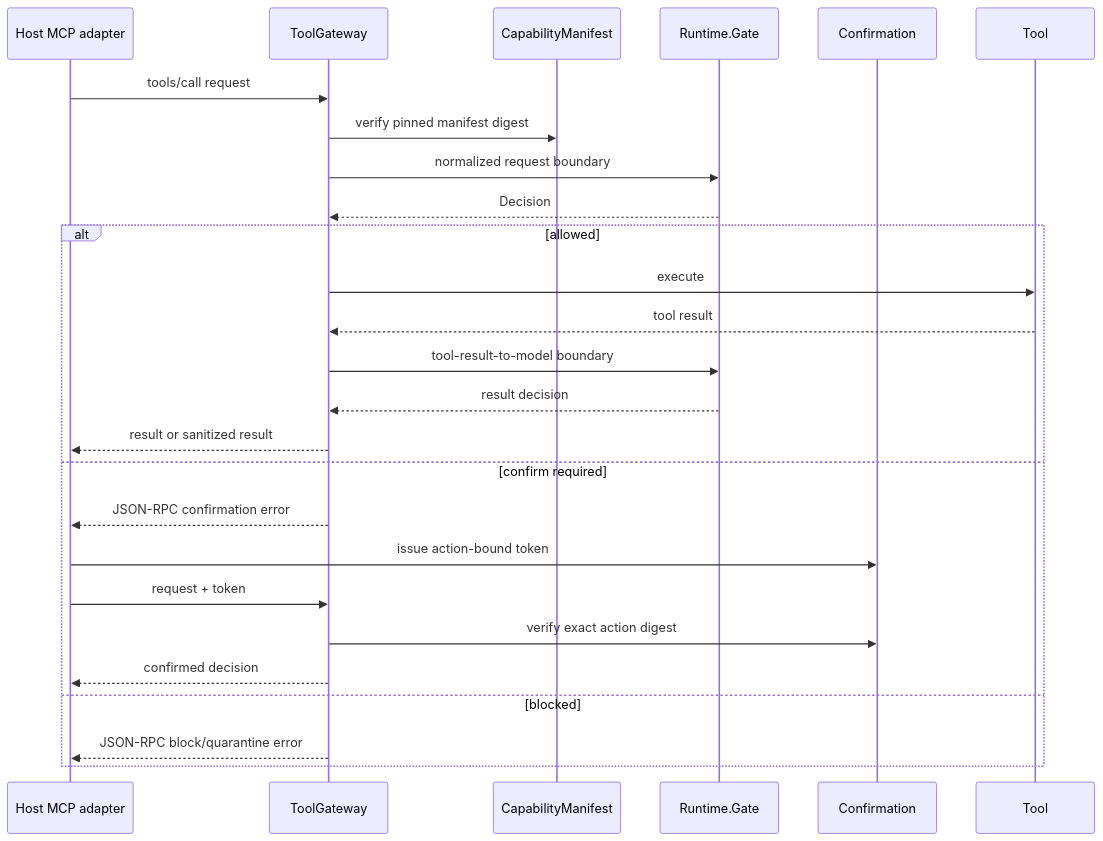
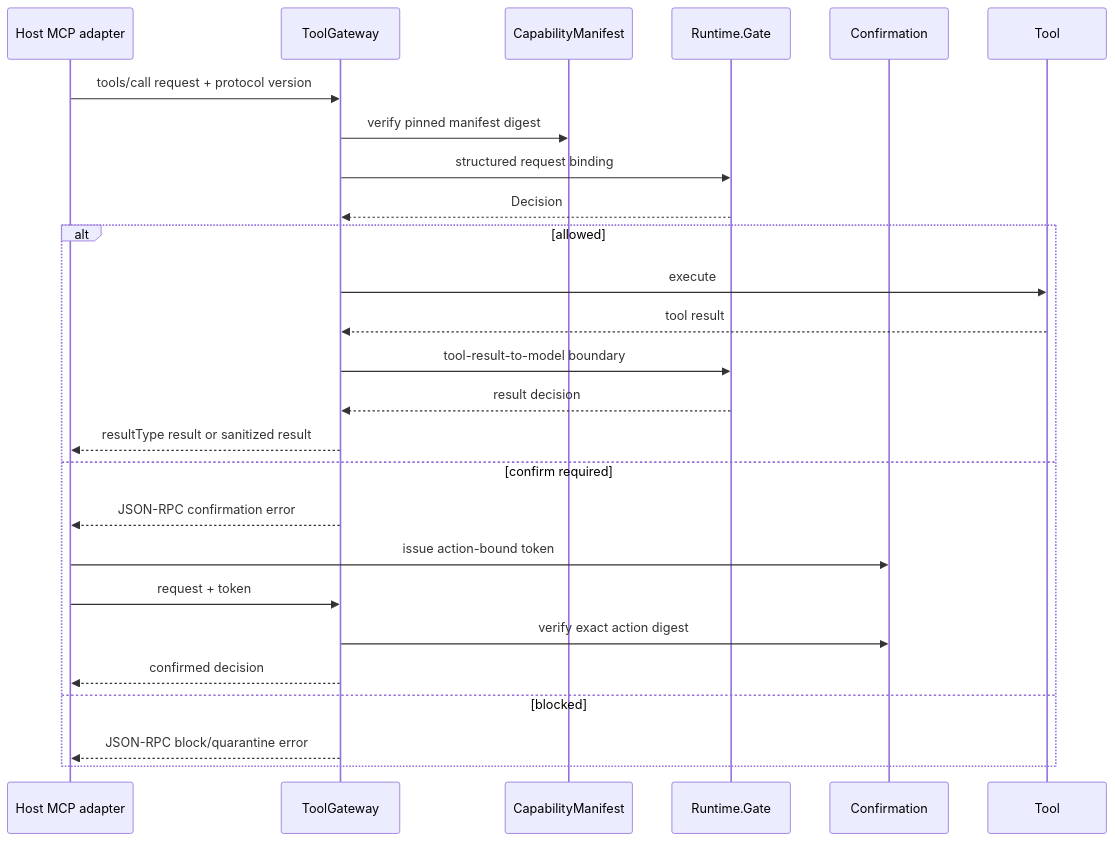
The fourth of 5 diagrams in docs/README.md (futhr/sigil_guard), drawn with Mermaid before and after one commit. The commit also changed other lines of this file and 32 other files, not shown here.

````diff
--- a/docs/README.md
+++ b/docs/README.md
@@ -139,29 +144,29 @@
 ```mermaid
 sequenceDiagram
     participant Adapter as Host MCP adapter
     participant Gateway as ToolGateway
     participant Manifest as CapabilityManifest
     participant Gate as Runtime.Gate
     participant Confirm as Confirmation
     participant Tool
 
-    Adapter->>Gateway: tools/call request
+    Adapter->>Gateway: tools/call request + protocol version
     Gateway->>Manifest: verify pinned manifest digest
-    Gateway->>Gate: normalized request boundary
+    Gateway->>Gate: structured request binding
     Gate-->>Gateway: Decision
     alt allowed
         Gateway->>Tool: execute
         Tool-->>Gateway: tool result
         Gateway->>Gate: tool-result-to-model boundary
         Gate-->>Gateway: result decision
-        Gateway-->>Adapter: result or sanitized result
+        Gateway-->>Adapter: resultType result or sanitized result
     else confirm required
         Gateway-->>Adapter: JSON-RPC confirmation error
         Adapter->>Confirm: issue action-bound token
         Adapter->>Gateway: request + token
         Gateway->>Confirm: verify exact action digest
         Gateway-->>Adapter: confirmed decision
     else blocked
         Gateway-->>Adapter: JSON-RPC block/quarantine error
     end
 ```
````
